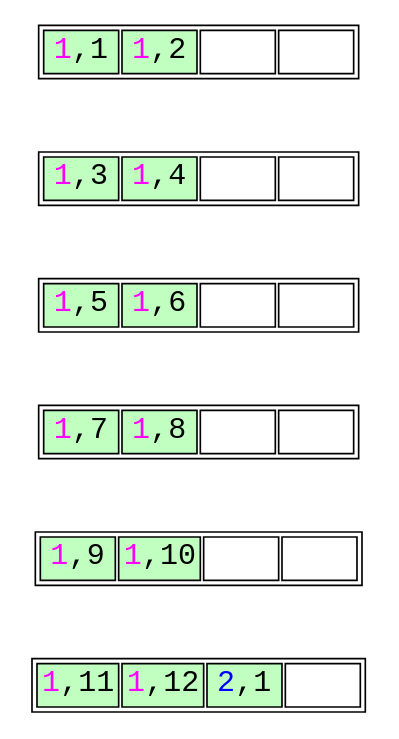
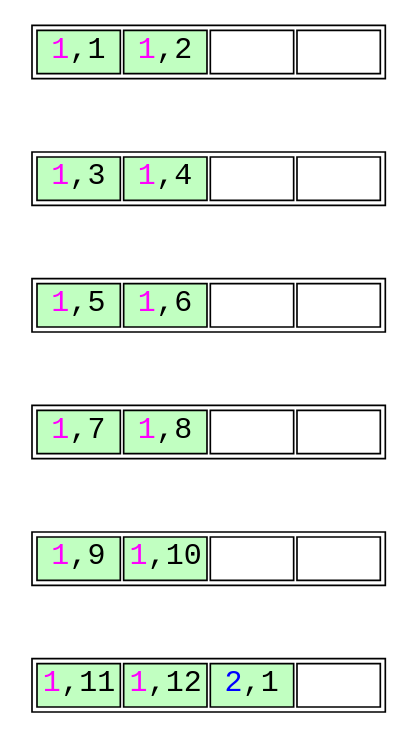
Before and after one commit to petergeoghegan/pg_query_internals: the diagram in unoptimized-leaf-page-split-3.dot, drawn with Graphviz. The commit also changed 6 other files, not shown here.

```diff
--- a/unoptimized-leaf-page-split-3.dot
+++ b/unoptimized-leaf-page-split-3.dot
@@ -1,88 +1,88 @@
 // Example B-Tree graph
 //
 // Breadth-first order
 //
 // Start from root, go left to right
 //
 // Workflow:
 //
 // $ dot -T svg btree.dot -o btree.svg;
 
 digraph nbtree {
 graph [fontname = "monospace"];
 node [shape = none,height=.1,fontname = "monospace",fontsize=18];
 // Level 0 (leaf level)
-leafnode_2[ label=<<table width="180">
+leafnode_2[ label=<<table width="200">
                     <tr>
-                        <td bgcolor='darkseagreen1' port="t2" width="45"><font color="magenta">1</font>,1</td>
-                        <td bgcolor='darkseagreen1' port="t3" width="45"><font color="magenta">1</font>,2</td>
-                        <td bgcolor='white' port="t3" width="45"></td>
-                        <td bgcolor='white' port="t3" width="45"></td>
+                        <td bgcolor='darkseagreen1' port="t2" width="50"><font color="magenta">1</font>,1</td>
+                        <td bgcolor='darkseagreen1' port="t3" width="50"><font color="magenta">1</font>,2</td>
+                        <td bgcolor='white' port="t3" width="50"></td>
+                        <td bgcolor='white' port="t3" width="50"></td>
                     </tr>
                 </table>
                >
         ];
 edge[style=invis];
 "leafnode_2" -> "leafnode_3"
-leafnode_3[ label=<<table width="180">
+leafnode_3[ label=<<table width="200">
                     <tr>
-                        <td bgcolor='darkseagreen1' port="t4" width="45"><font color="magenta">1</font>,3</td>
-                        <td bgcolor='darkseagreen1' port="t4" width="45"><font color="magenta">1</font>,4</td>
-                        <td bgcolor='white' port="t3" width="45"></td>
-                        <td bgcolor='white' port="t3" width="45"></td>
+                        <td bgcolor='darkseagreen1' port="t4" width="50"><font color="magenta">1</font>,3</td>
+                        <td bgcolor='darkseagreen1' port="t4" width="50"><font color="magenta">1</font>,4</td>
+                        <td bgcolor='white' port="t3" width="50"></td>
+                        <td bgcolor='white' port="t3" width="50"></td>
                     </tr>
                 </table>
                >
         ];
 edge[style=invis];
 "leafnode_3" -> "leafnode_4"
-leafnode_4[ label=<<table width="180">
+leafnode_4[ label=<<table width="200">
                     <tr>
-                        <td bgcolor='darkseagreen1' port="t4" width="45"><font color="magenta">1</font>,5</td>
-                        <td bgcolor='darkseagreen1' port="t4" width="45"><font color="magenta">1</font>,6</td>
-                        <td bgcolor='white' port="t3" width="45"></td>
-                        <td bgcolor='white' port="t3" width="45"></td>
+                        <td bgcolor='darkseagreen1' port="t4" width="50"><font color="magenta">1</font>,5</td>
+                        <td bgcolor='darkseagreen1' port="t4" width="50"><font color="magenta">1</font>,6</td>
+                        <td bgcolor='white' port="t3" width="50"></td>
+                        <td bgcolor='white' port="t3" width="50"></td>
                     </tr>
                 </table>
                >
         ];
 edge[style=invis];
 "leafnode_4" -> "leafnode_5"
-leafnode_5[ label=<<table width="180">
+leafnode_5[ label=<<table width="200">
                     <tr>
-                        <td bgcolor='darkseagreen1' port="t4" width="45"><font color="magenta">1</font>,7</td>
-                        <td bgcolor='darkseagreen1' port="t4" width="45"><font color="magenta">1</font>,8</td>
-                        <td bgcolor='white' port="t3" width="45"></td>
-                        <td bgcolor='white' port="t3" width="45"></td>
+                        <td bgcolor='darkseagreen1' port="t4" width="50"><font color="magenta">1</font>,7</td>
+                        <td bgcolor='darkseagreen1' port="t4" width="50"><font color="magenta">1</font>,8</td>
+                        <td bgcolor='white' port="t3" width="50"></td>
+                        <td bgcolor='white' port="t3" width="50"></td>
                     </tr>
                 </table>
                >
         ];
 edge[style=invis];
 "leafnode_5" -> "leafnode_6"
 leafnode_6[ label=<<table>
                     <tr>
-                        <td bgcolor='darkseagreen1' port="t4" width="45"><font color="magenta">1</font>,9</td>
-                        <td bgcolor='darkseagreen1' port="t4" width="45"><font color="magenta">1</font>,10</td>
-                        <td bgcolor='white' port="t3" width="45"></td>
-                        <td bgcolor='white' port="t3" width="45"></td>
+                        <td bgcolor='darkseagreen1' port="t4" width="50"><font color="magenta">1</font>,9</td>
+                        <td bgcolor='darkseagreen1' port="t4" width="50"><font color="magenta">1</font>,10</td>
+                        <td bgcolor='white' port="t3" width="50"></td>
+                        <td bgcolor='white' port="t3" width="50"></td>
                     </tr>
                 </table>
                >
         ];
 edge[style=invis];
 "leafnode_6" -> "leafnode_7"
 leafnode_7[ label=<<table>
                     <tr>
-                        <td bgcolor='darkseagreen1' port="t4" width="45"><font color="magenta">1</font>,11</td>
-                        <td bgcolor='darkseagreen1' port="t4" width="45"><font color="magenta">1</font>,12</td>
-                        <td bgcolor='darkseagreen1' port="t4" width="45"><font color="blue">2</font>,1</td>
-                        <td bgcolor='white' port="t3" width="45"></td>
+                        <td bgcolor='darkseagreen1' port="t4" width="50"><font color="magenta">1</font>,11</td>
+                        <td bgcolor='darkseagreen1' port="t4" width="50"><font color="magenta">1</font>,12</td>
+                        <td bgcolor='darkseagreen1' port="t4" width="50"><font color="blue">2</font>,1</td>
+                        <td bgcolor='white' port="t3" width="50"></td>
                     </tr>
                 </table>
                >
         ];
 //Force alignment from root to internal to leaf levels:
 //edge[style=invis];
 //"rootnode":d1 -> "leafnode_2":t2
 }
```
